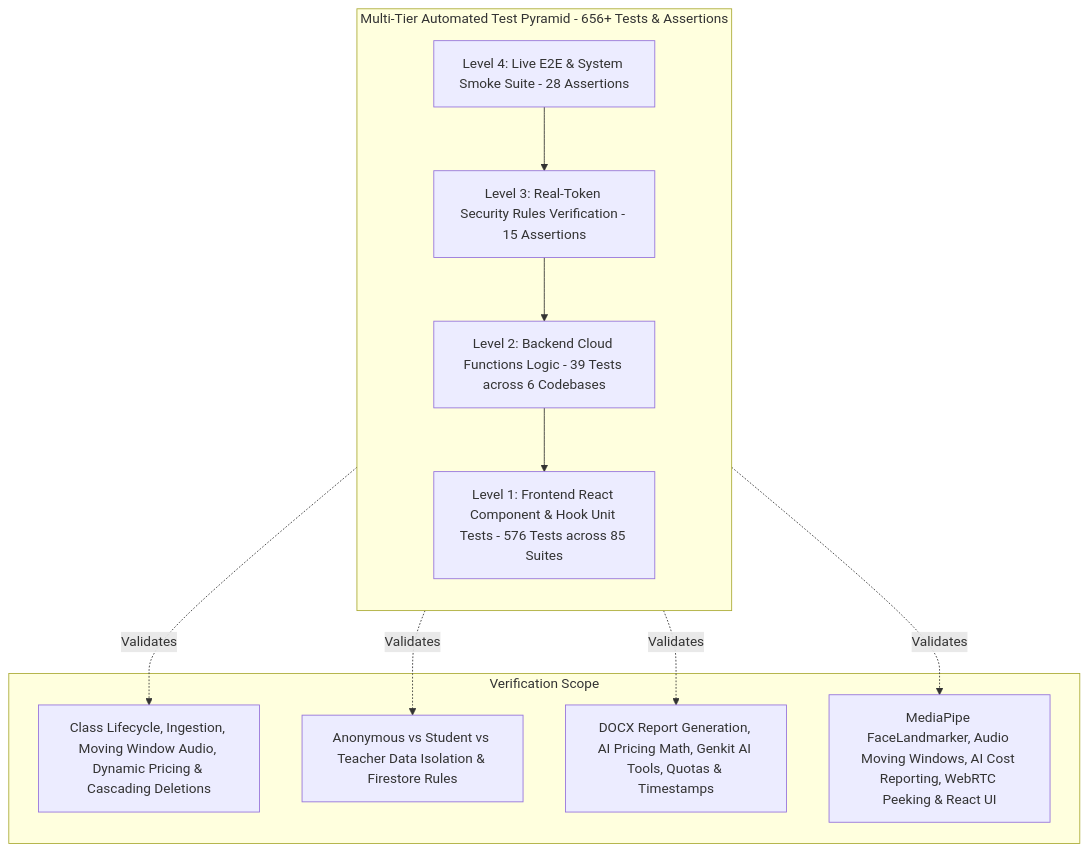
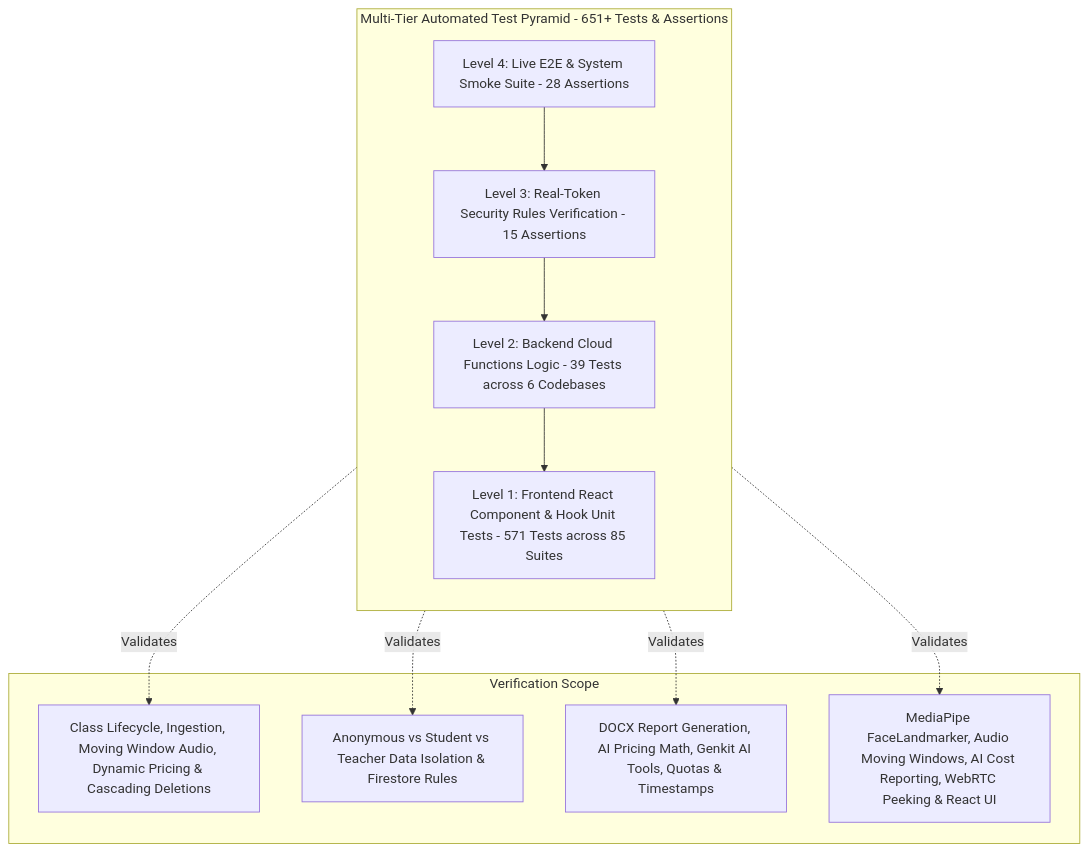
One commit to wongcyrus/Gemini-AI-Classroom-Assistant changed the diagram in docs/testing-strategy-and-coverage.md. Above: the diagram before and after it, drawn with Mermaid. The commit also changed other lines of this file and 9 other files, not shown here.

````diff
--- a/docs/testing-strategy-and-coverage.md
+++ b/docs/testing-strategy-and-coverage.md
@@ -11,19 +11,19 @@
 ```mermaid
 flowchart TD
-    subgraph Pyramid [Multi-Tier Automated Test Pyramid - 656+ Tests & Assertions]
+    subgraph Pyramid [Multi-Tier Automated Test Pyramid - 651+ Tests & Assertions]
         direction TB
         L4[Level 4: Live E2E & System Smoke Suite - 28 Assertions]
         L3[Level 3: Real-Token Security Rules Verification - 15 Assertions]
         L2[Level 2: Backend Cloud Functions Logic - 39 Tests across 6 Codebases]
-        L1[Level 1: Frontend React Component & Hook Unit Tests - 576 Tests across 85 Suites]
+        L1[Level 1: Frontend React Component & Hook Unit Tests - 571 Tests across 85 Suites]
         
         L4 --> L3 --> L2 --> L1
     end
 
     subgraph Details [Verification Scope]
         L4 -.->|Validates| D4[Class Lifecycle, Ingestion, Moving Window Audio, Dynamic Pricing & Cascading Deletions]
         L3 -.->|Validates| D3[Anonymous vs Student vs Teacher Data Isolation & Firestore Rules]
         L2 -.->|Validates| D2[DOCX Report Generation, AI Pricing Math, Genkit AI Tools, Quotas & Timestamps]
         L1 -.->|Validates| D1[MediaPipe FaceLandmarker, Audio Moving Windows, AI Cost Reporting, WebRTC Peeking & React UI]
     end
 ```
````
